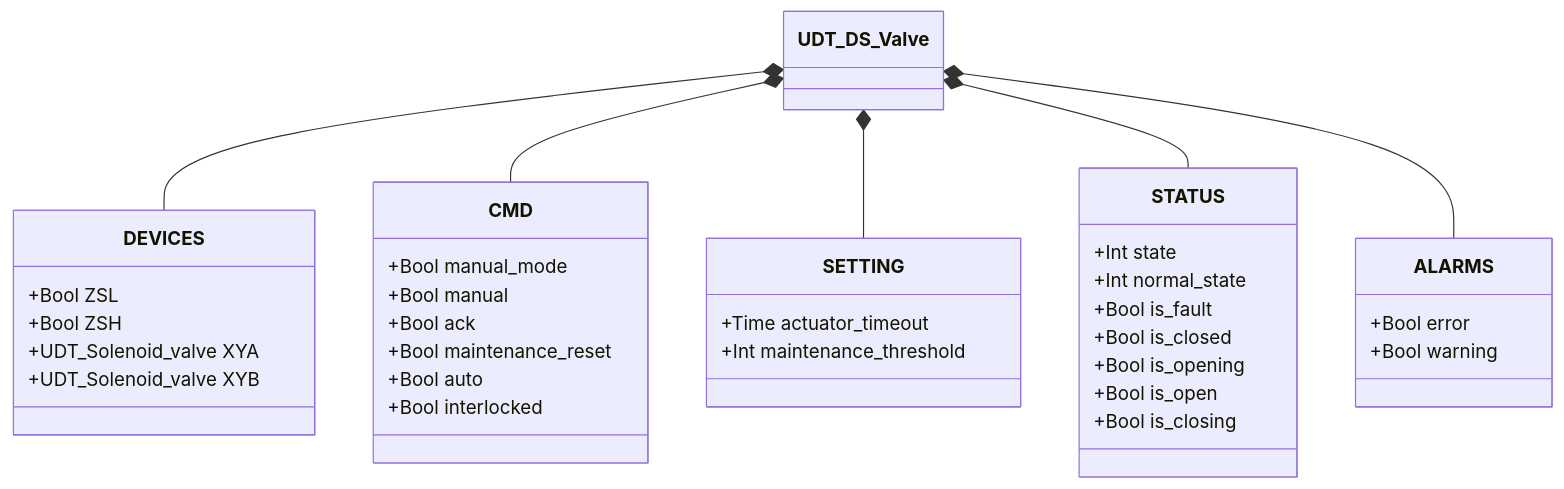
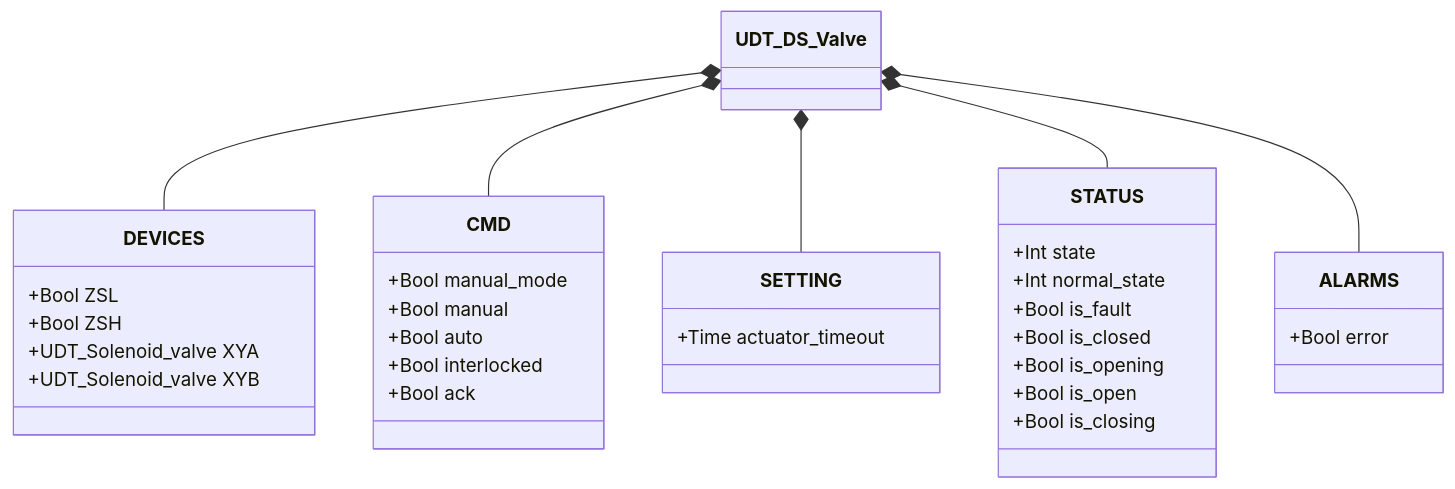
One commit to AleFire99/TIA_knowledge changed the first of 2 diagrams in docs/library/valves/butterfly/double_solenoid/index.it.md. Above: the diagram before and after it, drawn with Mermaid. The commit also changed other lines of this file and 95 other files, not shown here.

````diff
--- a/docs/library/valves/butterfly/double_solenoid/index.it.md
+++ b/docs/library/valves/butterfly/double_solenoid/index.it.md
@@ -68,40 +85,37 @@
 ```mermaid
 classDiagram
     class UDT_DS_Valve
     class DEVICES {
         +Bool ZSL
         +Bool ZSH
         +UDT_Solenoid_valve XYA
         +UDT_Solenoid_valve XYB
     }
     class CMD {
         +Bool manual_mode
         +Bool manual
-        +Bool ack
-        +Bool maintenance_reset
         +Bool auto
         +Bool interlocked
+        +Bool ack
     }
     class SETTING {
         +Time actuator_timeout
-        +Int maintenance_threshold
     }
     class STATUS {
         +Int state
         +Int normal_state
         +Bool is_fault
         +Bool is_closed
         +Bool is_opening
         +Bool is_open
         +Bool is_closing
     }
     class ALARMS {
         +Bool error
-        +Bool warning
     }
     UDT_DS_Valve *-- DEVICES
     UDT_DS_Valve *-- CMD
     UDT_DS_Valve *-- SETTING
     UDT_DS_Valve *-- STATUS
     UDT_DS_Valve *-- ALARMS
 ```
````
